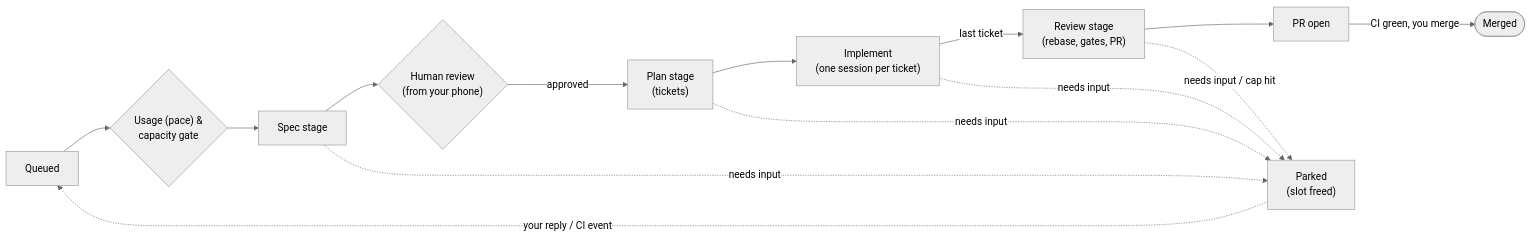
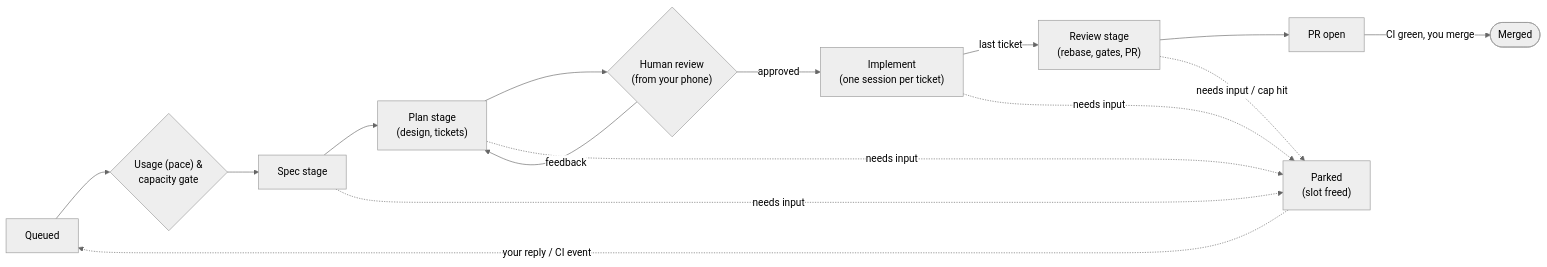
One commit to jesdi/agent-ops changed the second of 2 diagrams in README.md. Above: the diagram before and after it, drawn with Mermaid (neutral theme). The commit also changed other lines of this file and 43 other files, not shown here.

Commit message:
feat(plan-gate): stage 2 and the plan review gate (ticket 03)

````diff
--- a/README.md
+++ b/README.md
@@ -84,17 +84,18 @@
 ```mermaid
 flowchart LR
     queued["Queued"] --> gate{"Usage (pace) &<br/>capacity gate"}
     gate --> spec["Spec stage"]
-    spec --> review{"Human review<br/>(from your phone)"}
-    review -- approved --> plan["Plan stage<br/>(tickets)"]
-    plan --> implement["Implement<br/>(one session per ticket)"]
+    spec --> plan["Plan stage<br/>(design, tickets)"]
+    plan --> review{"Human review<br/>(from your phone)"}
+    review -- feedback --> plan
+    review -- approved --> implement["Implement<br/>(one session per ticket)"]
     implement -- last ticket --> codereview["Review stage<br/>(rebase, gates, PR)"]
     codereview --> pr["PR open"]
     pr -- "CI green, you merge" --> done(["Merged"])
 
     spec -. "needs input" .-> parked["Parked<br/>(slot freed)"]
     plan -. "needs input" .-> parked
     implement -. "needs input" .-> parked
     codereview -. "needs input / cap hit" .-> parked
     parked -. "your reply / CI event" .-> queued
 ```
````
